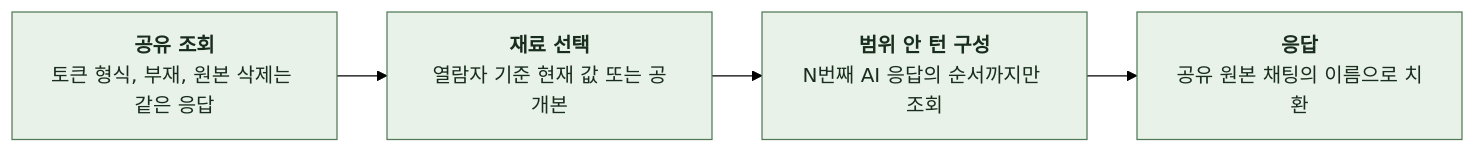
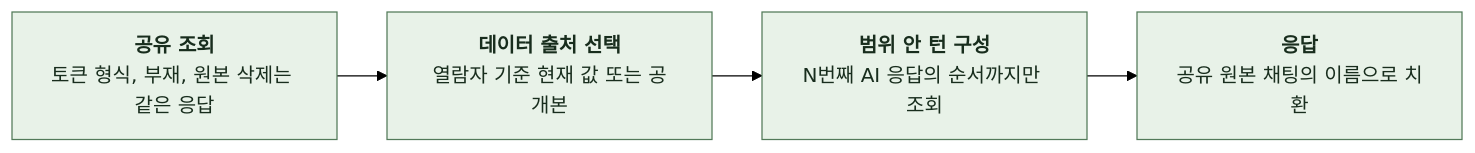
One commit to KIM-N-KANG/knk-harness changed the ninth of 12 diagrams in docs/domain/CHAT/BACKEND/4-1-PIPELINES.md. Above: the diagram before and after it, drawn with Mermaid (forest theme). The commit also changed other lines of this file and 14 other files, not shown here.

````diff
--- a/docs/domain/CHAT/BACKEND/4-1-PIPELINES.md
+++ b/docs/domain/CHAT/BACKEND/4-1-PIPELINES.md
@@ -406,13 +416,13 @@
 ```mermaid
 %%{init: {"flowchart": {"curve": "basis", "nodeSpacing": 24, "rankSpacing": 40}}}%%
 flowchart LR
     A["`**공유 조회**
-토큰 형식, 부재, 원본 삭제는 같은 응답`"] --> B["`**재료 선택**
+토큰 형식, 부재, 원본 삭제는 같은 응답`"] --> B["`**데이터 출처 선택**
 열람자 기준 현재 값 또는 공개본`"]
     B --> C["`**범위 안 턴 구성**
 N번째 AI 응답의 순서까지만 조회`"]
     C --> D["`**응답**
 공유 원본 채팅의 이름으로 치환`"]
     classDef comp fill:#E8F2E8,stroke:#527A59,color:#182D1D
     class A,B,C,D comp
 ```
````
